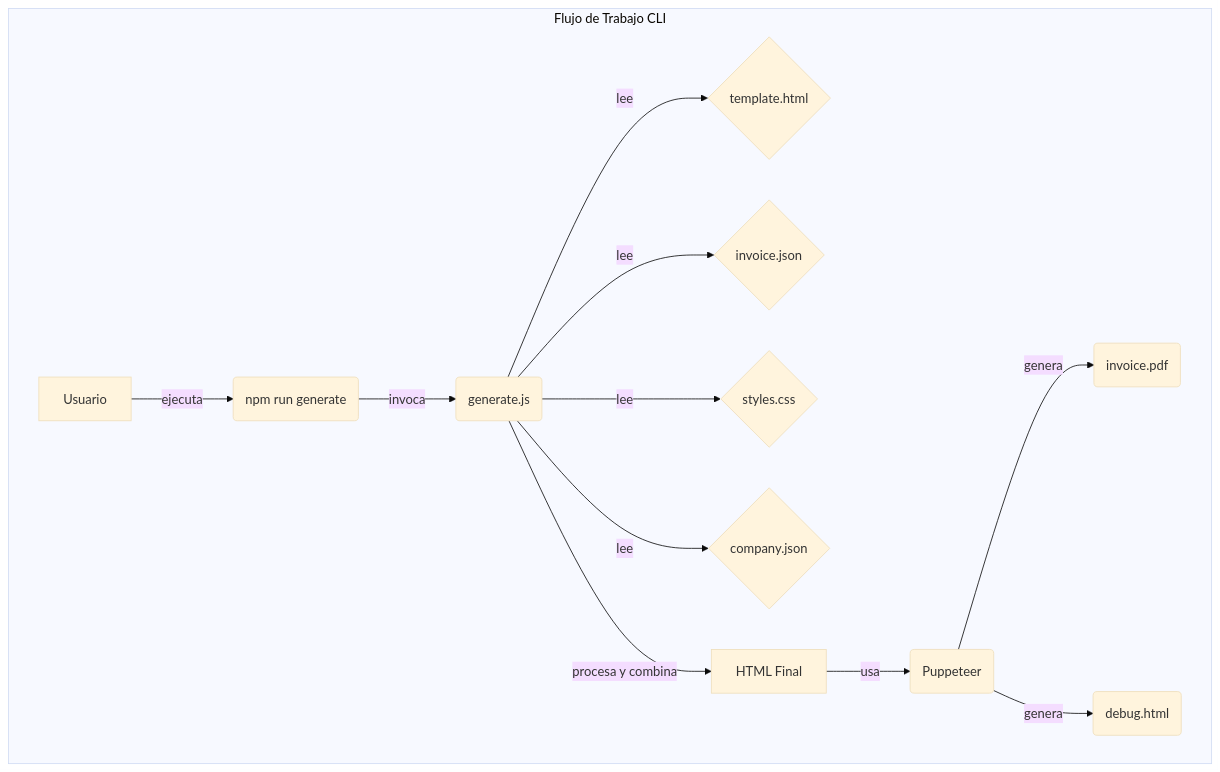
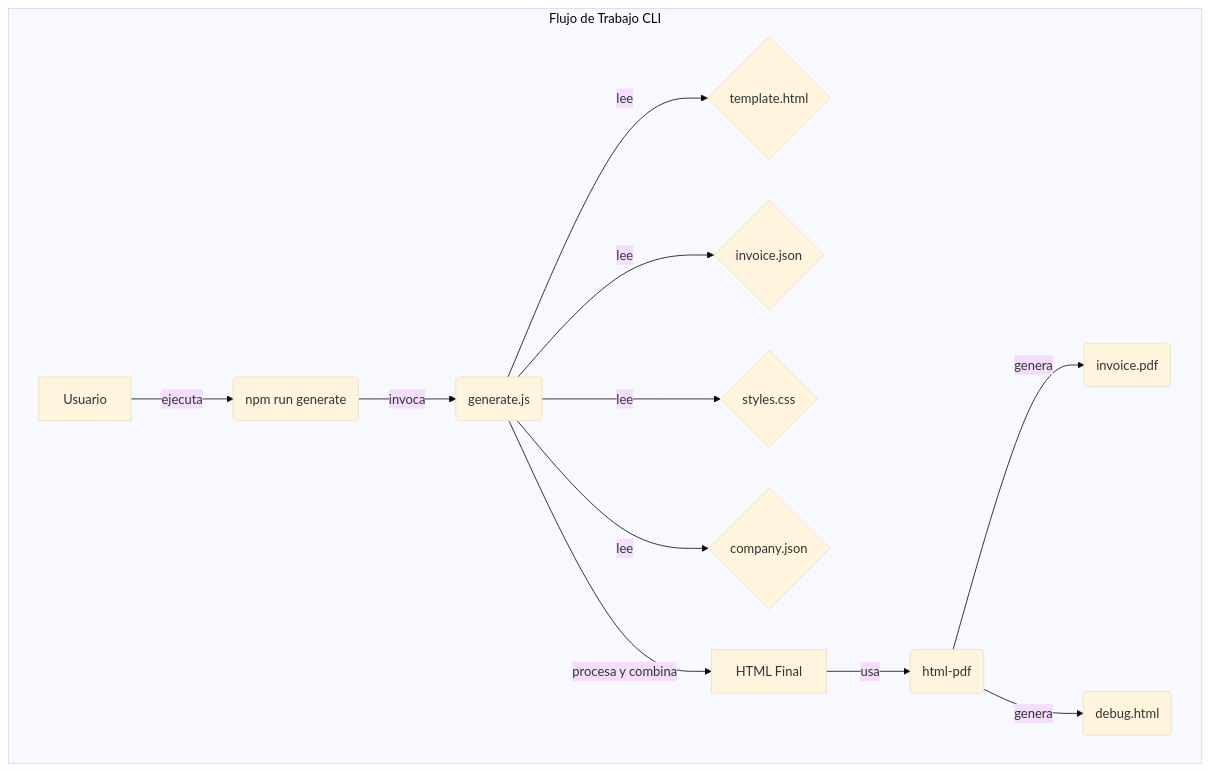
Before and after one commit to triptalabs/invoice_html_project: the first of 2 diagrams in README.md, drawn with Mermaid (base theme). The commit also changed other lines of this file and 6 other files, not shown here.

Commit message:
fix: migrate PDF generation to html-pdf, unify template logic, update docs and Dockerfile (#15)

````diff
--- a/README.md
+++ b/README.md
@@ -13,15 +13,15 @@
 ```mermaid
 graph TD
     subgraph Flujo de Trabajo CLI
         A[Usuario] -- ejecuta --> B(npm run generate);
         B -- invoca --> C(generate.js);
         C -- lee --> D{template.html};
         C -- lee --> E{invoice.json};
         C -- lee --> F{styles.css};
         C -- lee --> G{company.json};
         C -- procesa y combina --> H[HTML Final];
-        H -- usa --> I(Puppeteer);
+        H -- usa --> I(html-pdf);
         I -- genera --> J(invoice.pdf);
         I -- genera --> K(debug.html);
     end
 ```
````
